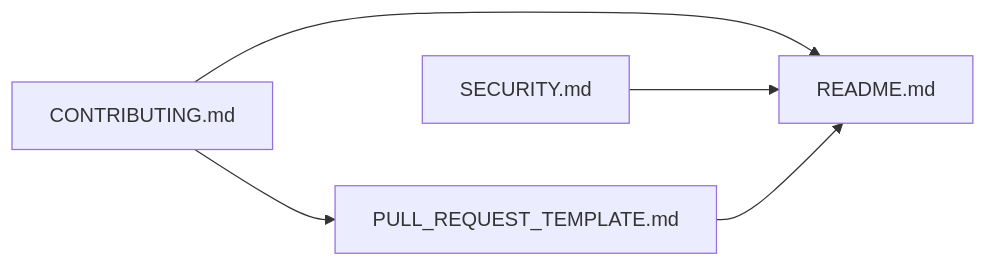
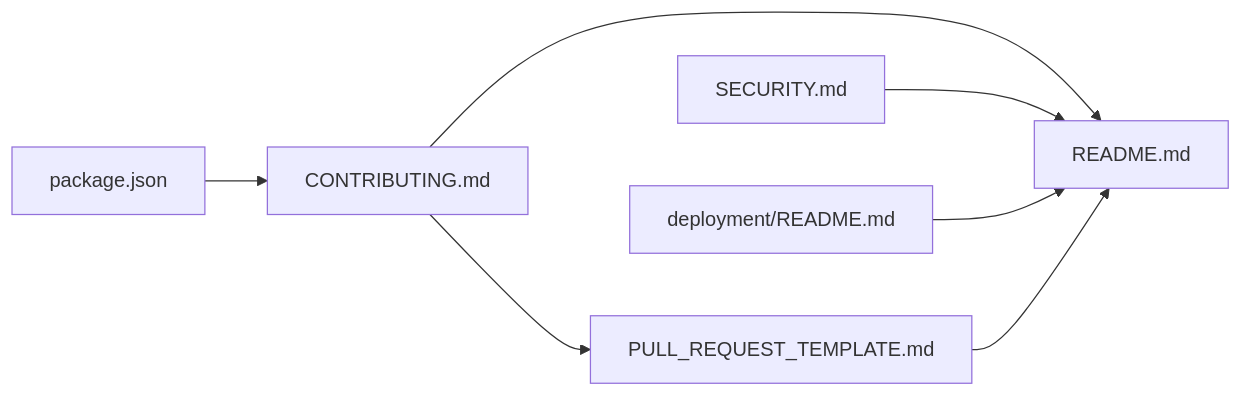
The third of 3 diagrams in .qoder/repowiki/zh/content/开发指南/贡献流程.md (tushengtao/mcp-tool-debug), drawn with Mermaid before and after one commit. The commit also changed other lines of this file and 44 other files, not shown here.

````diff
--- a/.qoder/repowiki/zh/content/开发指南/贡献流程.md
+++ b/.qoder/repowiki/zh/content/开发指南/贡献流程.md
@@ -251,7 +241,9 @@
 ```mermaid
 graph LR
 Contrib["CONTRIBUTING.md"] --> PR["PULL_REQUEST_TEMPLATE.md"]
 Contrib --> Readme["README.md"]
 Security["SECURITY.md"] --> Readme
+Deploy["deployment/README.md"] --> Readme
+Package["package.json"] --> Contrib
 PR --> Readme
 ```
````
